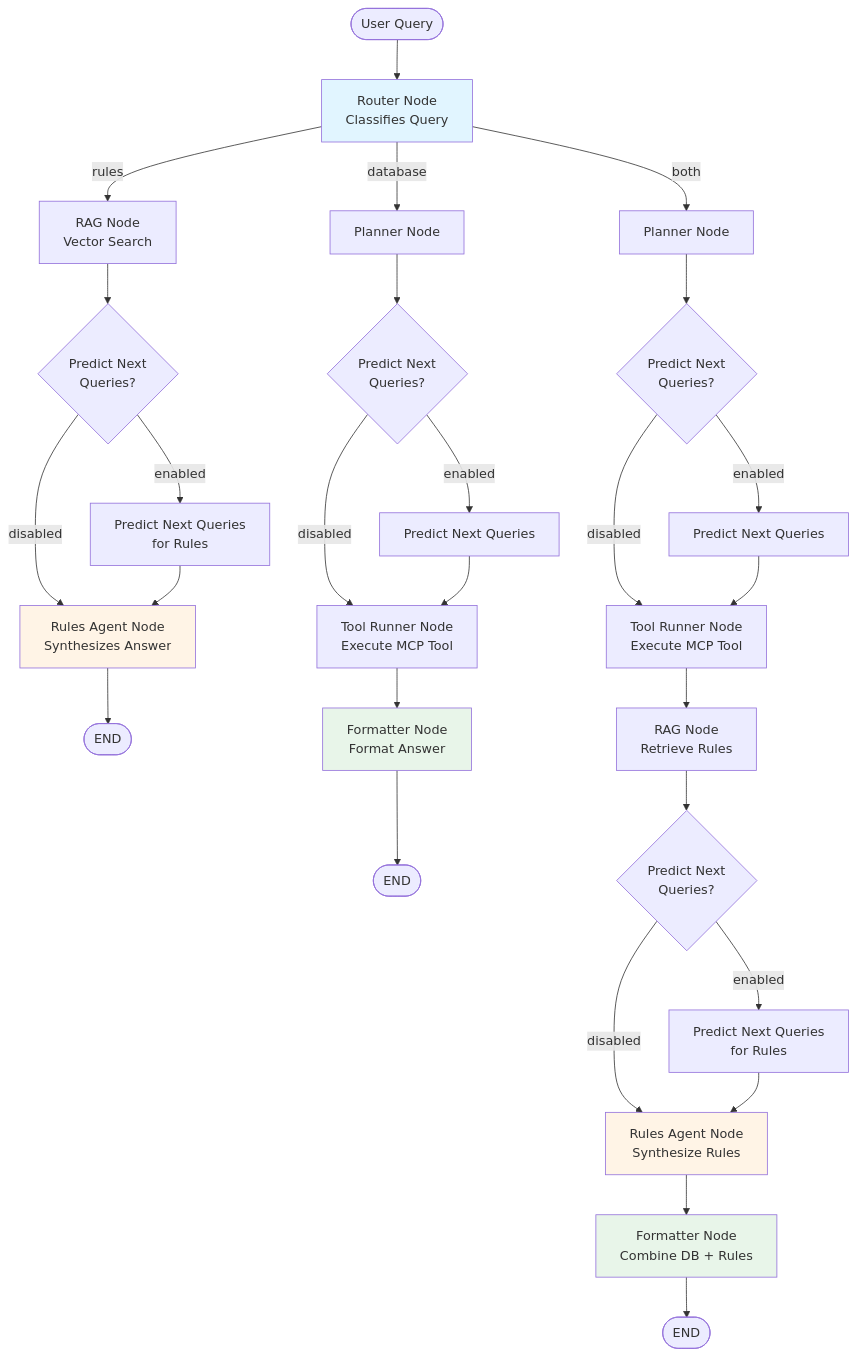
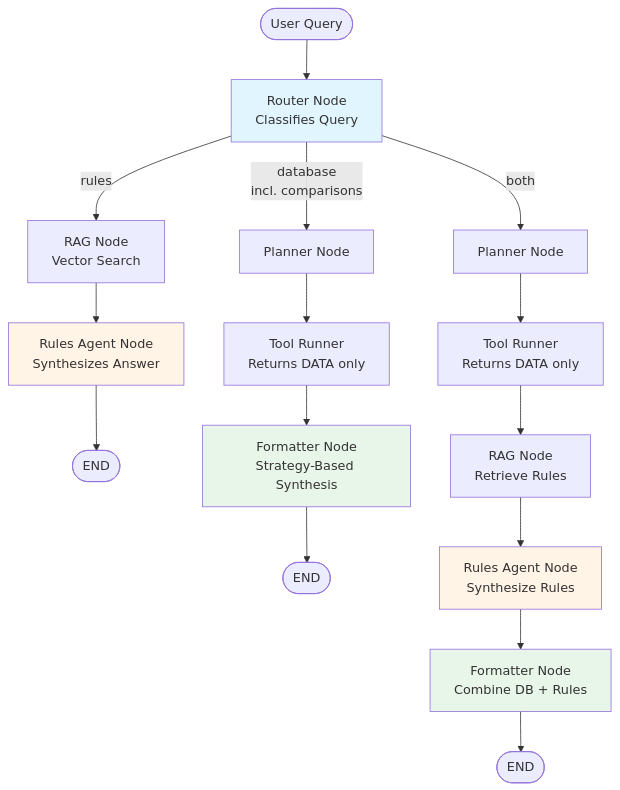
The first of 2 diagrams in designs/LLM_AGENT_DESIGN.md (roznet/flyfun-apps), drawn with Mermaid before and after one commit. The commit also changed other lines of this file and 14 other files, not shown here.

Commit message:
start working on clean up and better answer for rules

````diff
--- a/designs/LLM_AGENT_DESIGN.md
+++ b/designs/LLM_AGENT_DESIGN.md
@@ -61,39 +66,27 @@
 ```mermaid
 flowchart TD
   Start([User Query]) --> Router[Router Node<br/>Classifies Query]
 
-  Router -->|rules| RulesPath[RAG Node<br/>Vector Search]
-  Router -->|database| DBPath[Planner Node]
-  Router -->|both| BothPath[Planner Node]
+  Router -->|rules| RAG[RAG Node<br/>Vector Search]
+  Router -->|database<br/>incl. comparisons| Planner[Planner Node]
+  Router -->|both| PlannerBoth[Planner Node]
 
-  RulesPath --> PredictR{Predict Next<br/>Queries?}
-  PredictR -->|enabled| PredictRNode[Predict Next Queries<br/>for Rules]
-  PredictR -->|disabled| RulesAgent
-  PredictRNode --> RulesAgent[Rules Agent Node<br/>Synthesizes Answer]
+  RAG --> RulesAgent[Rules Agent Node<br/>Synthesizes Answer]
   RulesAgent --> End1([END])
 
-  DBPath --> PredictD{Predict Next<br/>Queries?}
-  PredictD -->|enabled| PredictDNode[Predict Next Queries]
-  PredictD -->|disabled| ToolDB
-  PredictDNode --> ToolDB[Tool Runner Node<br/>Execute MCP Tool]
-  ToolDB --> FormatterDB[Formatter Node<br/>Format Answer]
-  FormatterDB --> End2([END])
+  Planner --> Tool[Tool Runner<br/>Returns DATA only]
+  Tool --> Formatter[Formatter Node<br/>Strategy-Based Synthesis]
+  Formatter --> End2([END])
 
-  BothPath --> PredictB{Predict Next<br/>Queries?}
-  PredictB -->|enabled| PredictBNode[Predict Next Queries]
-  PredictB -->|disabled| ToolBoth
-  PredictBNode --> ToolBoth[Tool Runner Node<br/>Execute MCP Tool]
+  PlannerBoth --> ToolBoth[Tool Runner<br/>Returns DATA only]
   ToolBoth --> RAGBoth[RAG Node<br/>Retrieve Rules]
-  RAGBoth --> PredictBR{Predict Next<br/>Queries?}
-  PredictBR -->|enabled| PredictBRNode[Predict Next Queries<br/>for Rules]
-  PredictBR -->|disabled| RulesAgentBoth
-  PredictBRNode --> RulesAgentBoth[Rules Agent Node<br/>Synthesize Rules]
+  RAGBoth --> RulesAgentBoth[Rules Agent Node<br/>Synthesize Rules]
   RulesAgentBoth --> FormatterBoth[Formatter Node<br/>Combine DB + Rules]
   FormatterBoth --> End3([END])
 
   style Router fill:#e1f5ff
   style RulesAgent fill:#fff4e6
   style RulesAgentBoth fill:#fff4e6
-  style FormatterDB fill:#e8f5e9
+  style Formatter fill:#e8f5e9
   style FormatterBoth fill:#e8f5e9
 ```
````
